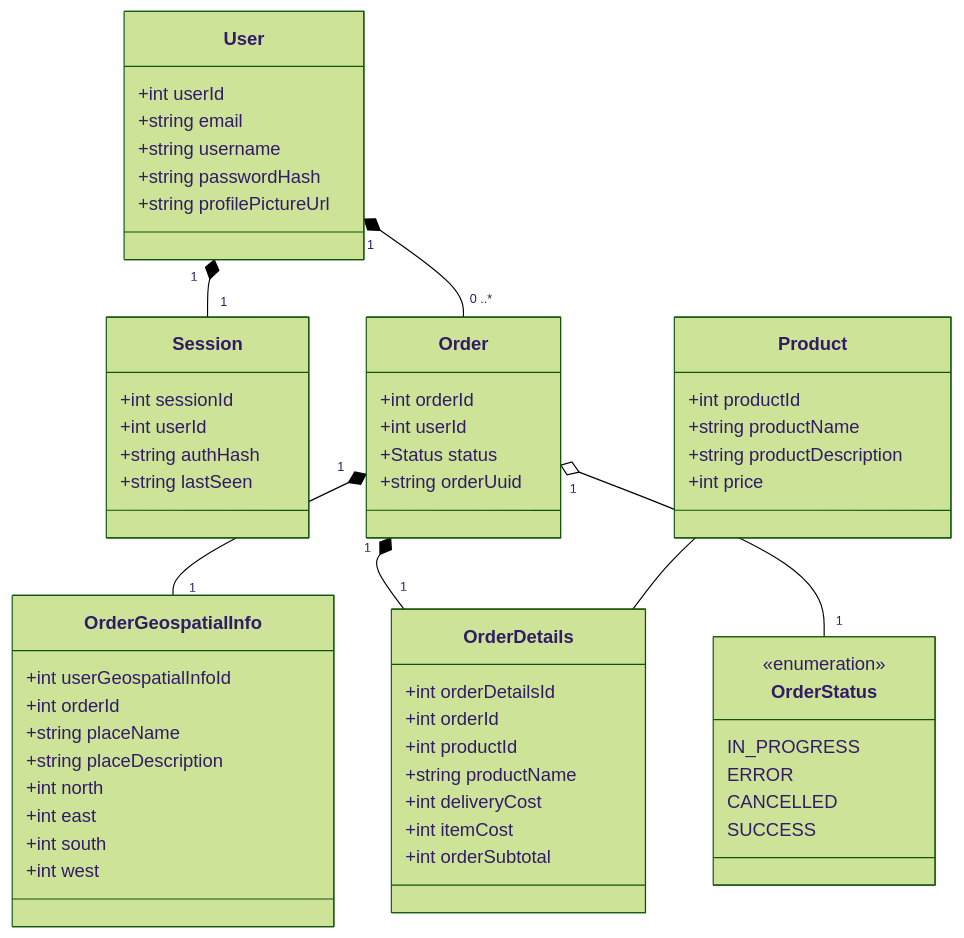
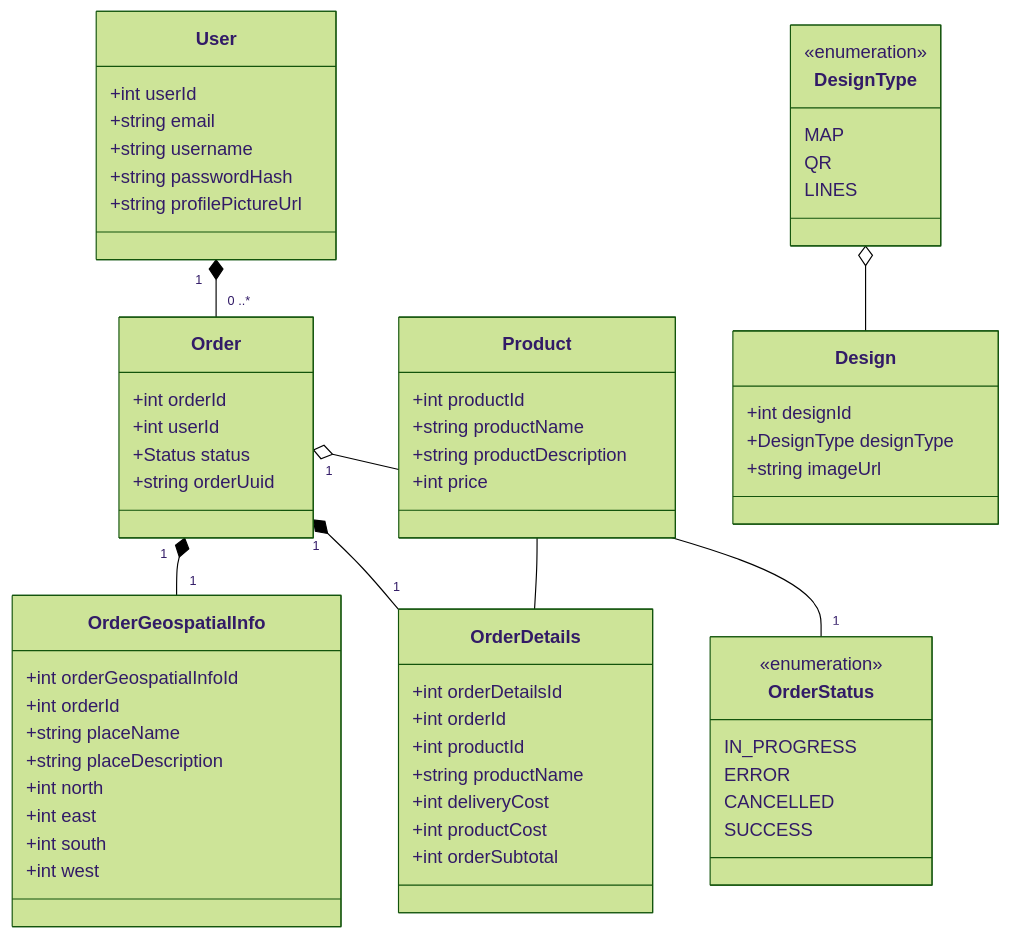
The diagram in docs/models/class.md (Devkeystuff/humboldt), drawn with Mermaid (forest theme) before and after one commit. The commit also changed 6 other files, not shown here.

````diff
--- a/docs/models/class.md
+++ b/docs/models/class.md
@@ -1,69 +1,75 @@
 ```mermaid
 classDiagram
     class User {
         +int userId
         +string email
         +string username
         +string passwordHash
         +string profilePictureUrl
     }
 
-    class Session {
-        +int sessionId
-        +int userId
-        +string authHash
-        +string lastSeen
-    }
-
     class OrderGeospatialInfo {
-        +int userGeospatialInfoId
+        +int orderGeospatialInfoId
         +int orderId
         +string placeName
         +string placeDescription
         +int north
         +int east
         +int south
         +int west
     }
 
     class Order {
         +int orderId
         +int userId
         +Status status
         +string orderUuid
     }
 
     class OrderDetails {
         +int orderDetailsId
         +int orderId
         +int productId
         +string productName
         +int deliveryCost
-        +int itemCost
+        +int productCost
         +int orderSubtotal
     }
 
     class OrderStatus {
         <<enumeration>>
         IN_PROGRESS
         ERROR
         CANCELLED
         SUCCESS
     }
 
+    class DesignType {
+        <<enumeration>>
+        MAP
+        QR
+        LINES
+    }
+
     class Product {
         +int productId
         +string productName
         +string productDescription
         +int price
     }
 
+    class Design {
+        +int designId
+        +DesignType designType
+        +string imageUrl
+    }
+
     User "1" *-- "0 ..*" Order
     Order "1" *-- "1" OrderGeospatialInfo
-    User "1" *-- "1" Session
     Order "1" *-- "1" OrderDetails
     Order "1" o-- "1" OrderStatus
+    DesignType o-- Design
 
     Product -- OrderDetails
 
 ```
````
